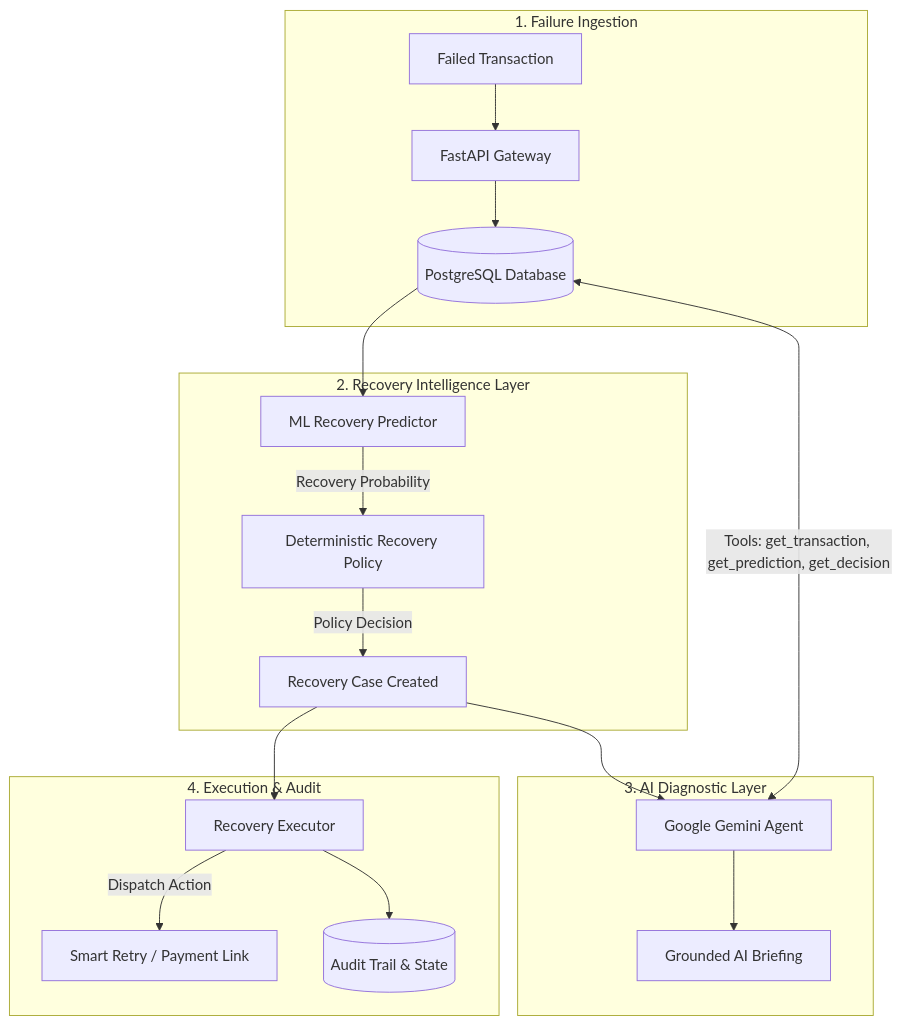
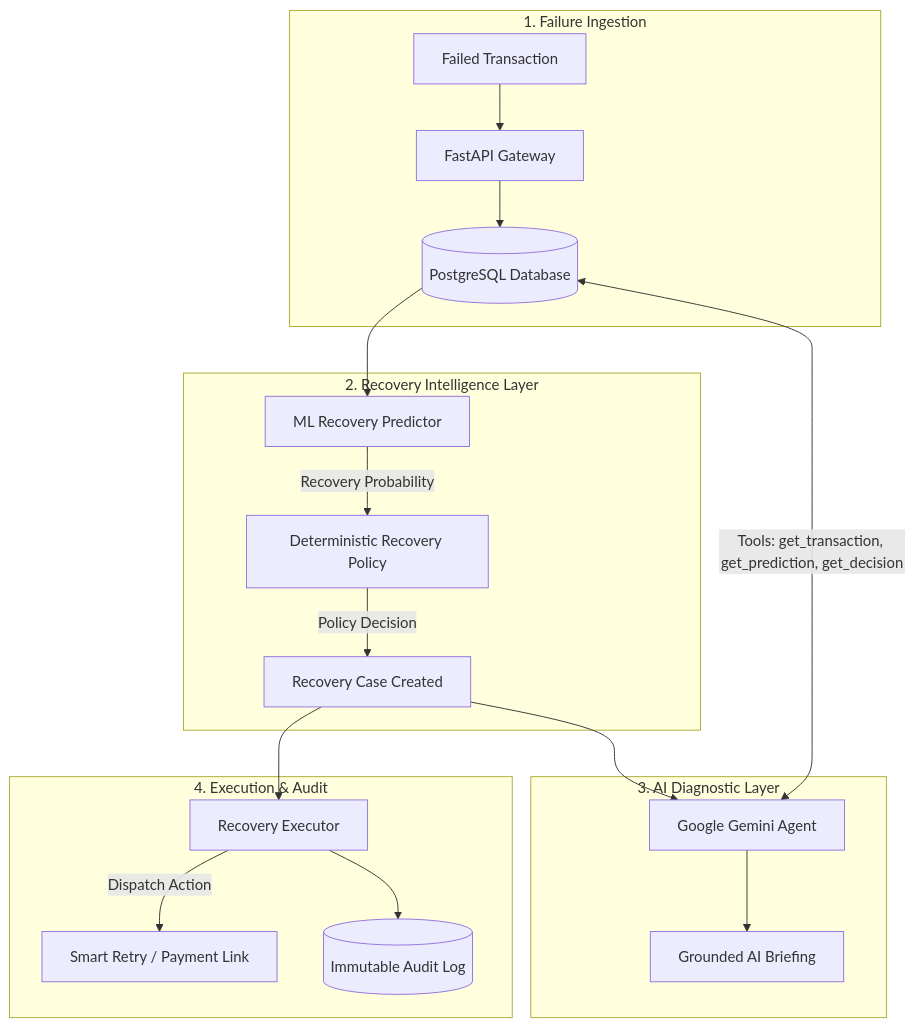
One commit to pavani-1629/RecoverAI-RazorPay- changed the diagram in README.md. Above: the diagram before and after it, drawn with Mermaid. The commit also changed other lines of this file, not shown here.

````diff
--- a/README.md
+++ b/README.md
@@ -87,25 +56,25 @@
 ```mermaid
 flowchart TD
     subgraph Ingestion ["1. Failure Ingestion"]
         A[Failed Transaction] --> B[FastAPI Gateway]
         B --> C[(PostgreSQL Database)]
     end
 
     subgraph Intelligence ["2. Recovery Intelligence Layer"]
         C --> D[ML Recovery Predictor]
         D -->|Recovery Probability| E[Deterministic Recovery Policy]
         E -->|Policy Decision| F[Recovery Case Created]
     end
 
     subgraph Explanation ["3. AI Diagnostic Layer"]
         F --> G[Google Gemini Agent]
         G <-->|Tools: get_transaction, get_prediction, get_decision| C
         G --> H[Grounded AI Briefing]
     end
 
     subgraph Execution ["4. Execution & Audit"]
         F --> I[Recovery Executor]
         I -->|Dispatch Action| J[Smart Retry / Payment Link]
-        I --> K[(Audit Trail & State)]
+        I --> K[(Immutable Audit Log)]
     end
 ```
````
